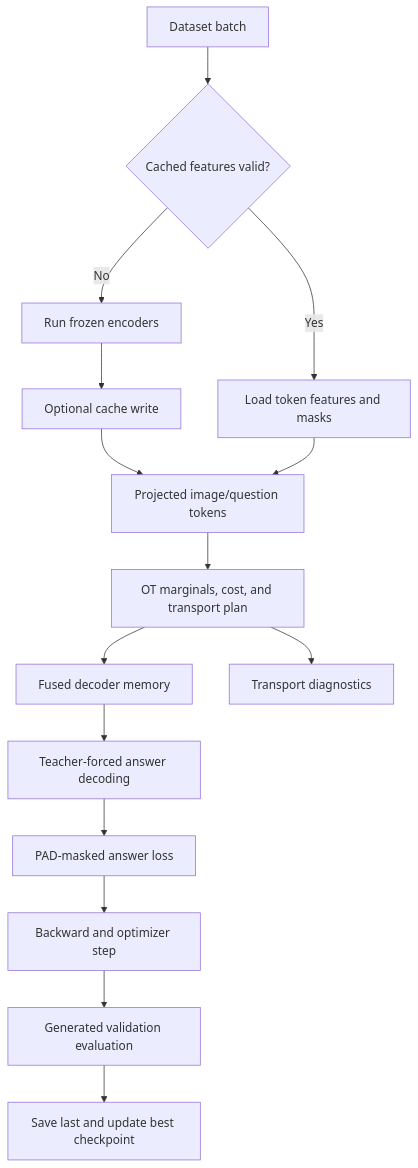
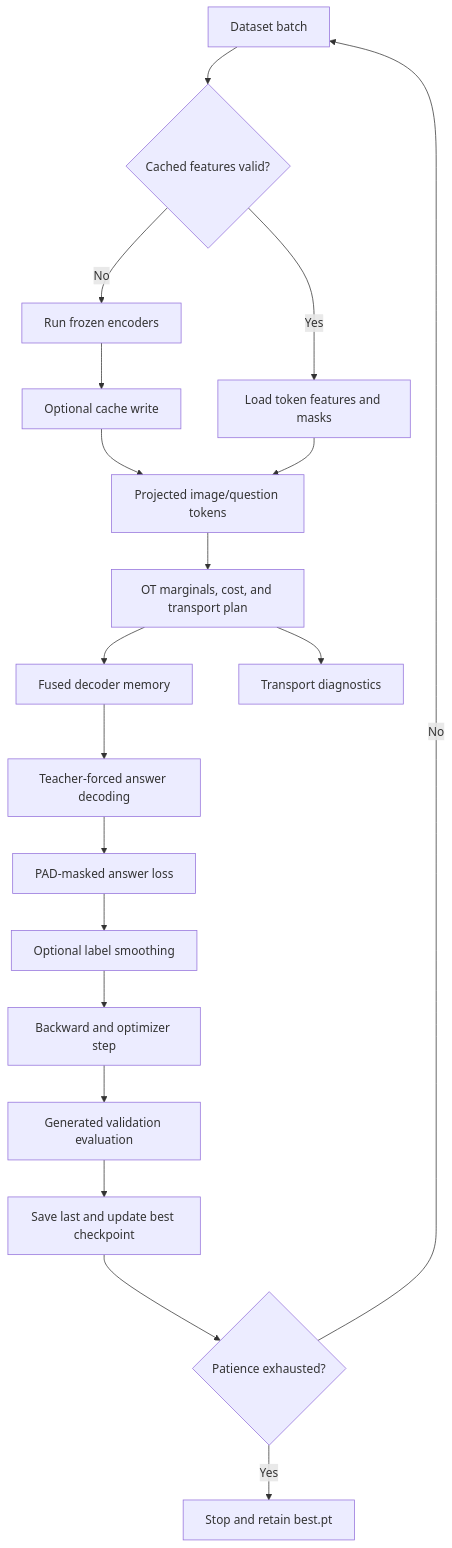
One commit to Hovohoangduy/OT-VQA changed the third of 3 diagrams in docs/optimal_transport_implementation_plan.md. Above: the diagram before and after it, drawn with Mermaid. The commit also changed other lines of this file and 23 other files, not shown here.

````diff
--- a/docs/optimal_transport_implementation_plan.md
+++ b/docs/optimal_transport_implementation_plan.md
@@ -441,17 +542,21 @@
 ```mermaid
 flowchart TD
     D[Dataset batch] --> F{Cached features valid?}
     F -- Yes --> L[Load token features and masks]
     F -- No --> E[Run frozen encoders]
     E --> X[Optional cache write]
     X --> T[Projected image/question tokens]
     L --> T
     T --> O[OT marginals, cost, and transport plan]
     O --> M[Fused decoder memory]
     M --> TF[Teacher-forced answer decoding]
     TF --> CE[PAD-masked answer loss]
-    CE --> BP[Backward and optimizer step]
+    CE --> LS[Optional label smoothing]
+    LS --> BP[Backward and optimizer step]
     O --> LOG[Transport diagnostics]
     BP --> V[Generated validation evaluation]
     V --> C[Save last and update best checkpoint]
+    C --> S{Patience exhausted?}
+    S -- No --> D
+    S -- Yes --> STOP[Stop and retain best.pt]
 ```
````
